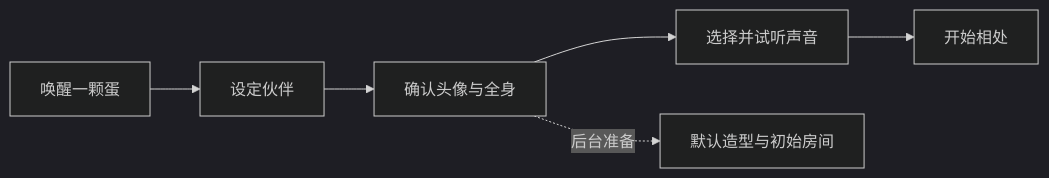
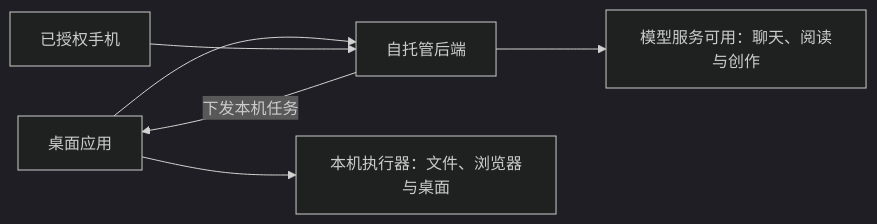
One commit to yangjinming1062/SpiritAgent changed the second of 2 diagrams in README.md. Above: the diagram before and after it, drawn with Mermaid (dark theme). The commit also changed other lines of this file and 18 other files, not shown here.

First line of the commit message:
docs(docs): 用图表介绍伙伴功能与使用入口，合并跨模块重复说明

````diff
--- a/README.md
+++ b/README.md
@@ -37,8 +53,8 @@
 ```mermaid
 flowchart LR
-    A[唤醒一颗蛋] --> B[设定伙伴]
-    B --> C[确认头像与全身]
-    C --> D[选择并试听声音]
-    D --> E[开始相处]
-    C -. 后台准备 .-> F[默认造型与初始房间]
+    Desktop[桌面应用] --> Cloud[自托管后端]
+    Phone[已授权手机] --> Cloud
+    Cloud --> Online[模型服务可用：聊天、阅读与创作]
+    Cloud -->|下发本机任务| Desktop
+    Desktop --> Runner[本机执行器：文件、浏览器与桌面]
 ```
````
